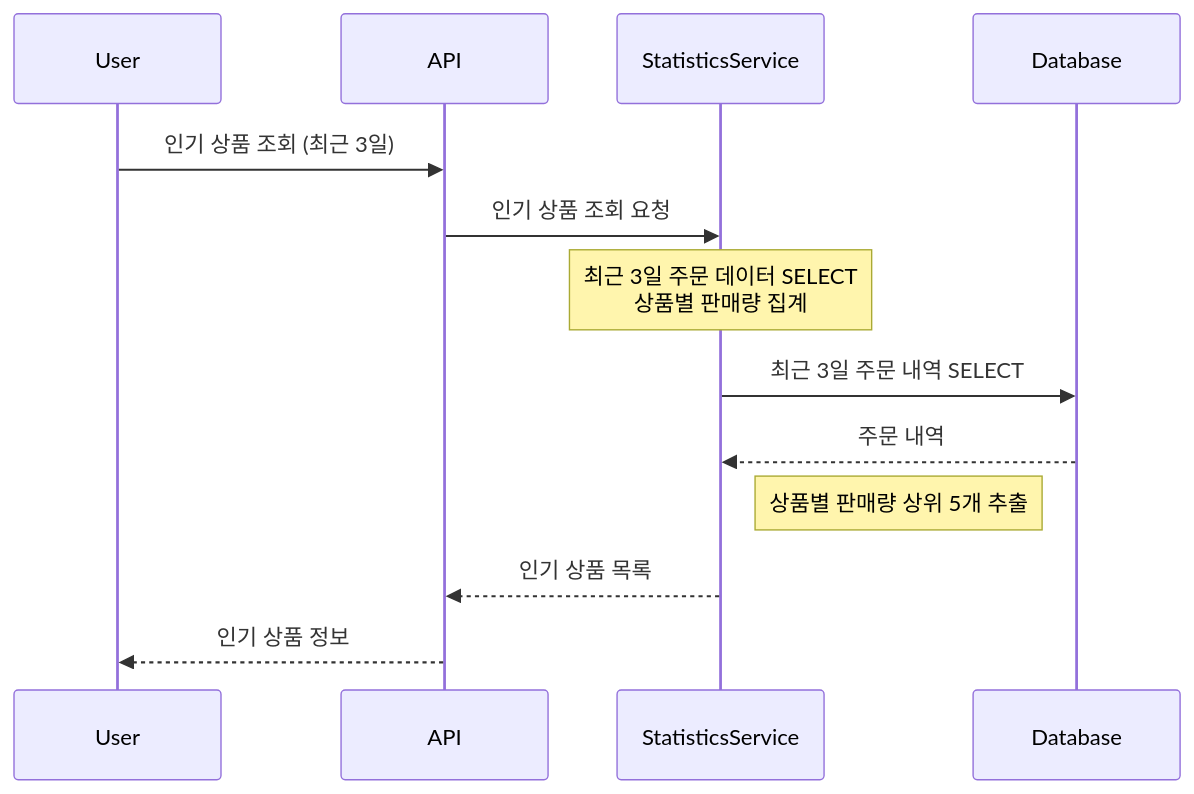
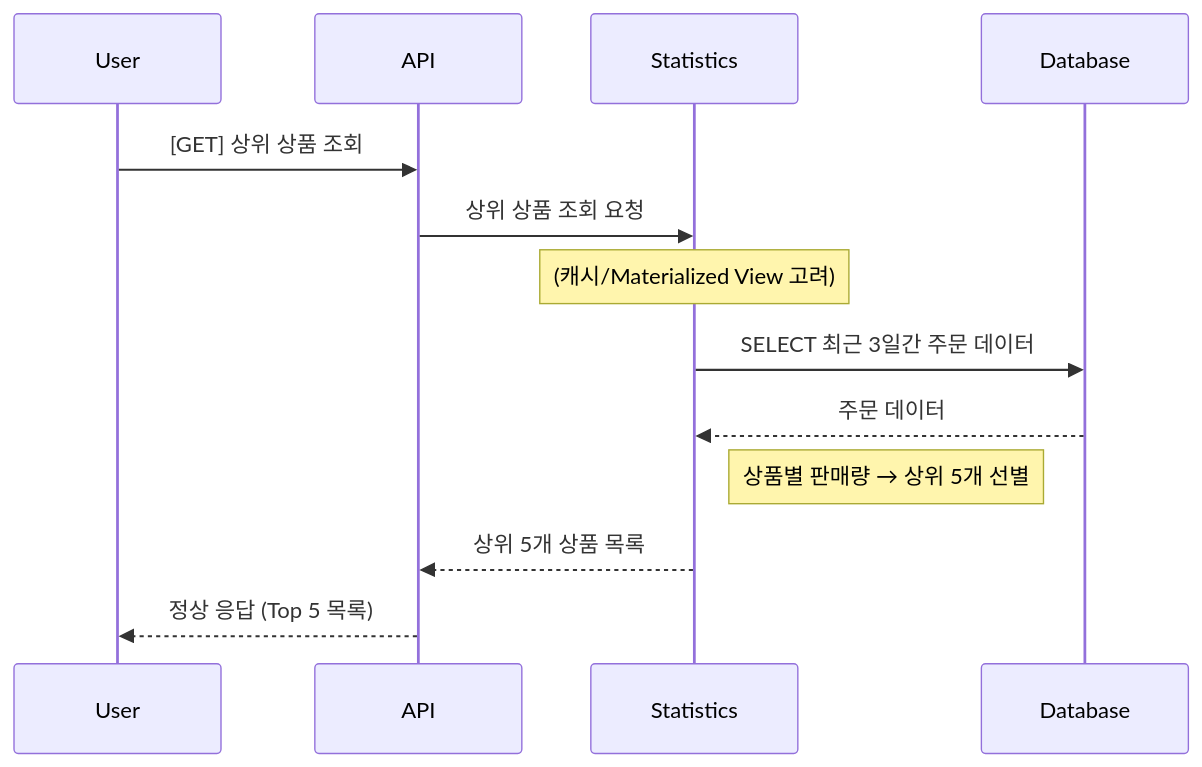
One commit to kergosdyr/hhplus-commerce-java changed the eighth of 8 diagrams in docs/02_sequence.md. Above: the diagram before and after it, drawn with Mermaid. The commit also changed other lines of this file, not shown here.

Commit message:
doc(sequence): edit sequence diagram to sync with flow chart

````diff
--- a/docs/02_sequence.md
+++ b/docs/02_sequence.md
@@ -224,16 +280,15 @@
 ```mermaid
 sequenceDiagram
     participant User
     participant API
-    participant StatisticsService
+    participant Statistics
     participant Database
-
-    User->>API: 인기 상품 조회 (최근 3일)
-    API->>StatisticsService: 인기 상품 조회 요청
-    note over StatisticsService: 최근 3일 주문 데이터 SELECT <br>상품별 판매량 집계
-    StatisticsService->>Database: 최근 3일 주문 내역 SELECT
-    Database-->>StatisticsService: 주문 내역
-    note right of StatisticsService: 상품별 판매량 상위 5개 추출
-    StatisticsService-->>API: 인기 상품 목록
-    API-->>User: 인기 상품 정보
+    User ->> API: [GET] 상위 상품 조회
+    API ->> Statistics: 상위 상품 조회 요청
+    note over Statistics: (캐시/Materialized View 고려)
+    Statistics ->> Database: SELECT 최근 3일간 주문 데이터
+    Database -->> Statistics: 주문 데이터
+    note right of Statistics: 상품별 판매량 → 상위 5개 선별
+    Statistics -->> API: 상위 5개 상품 목록
+    API -->> User: 정상 응답 (Top 5 목록)
 ```
````
